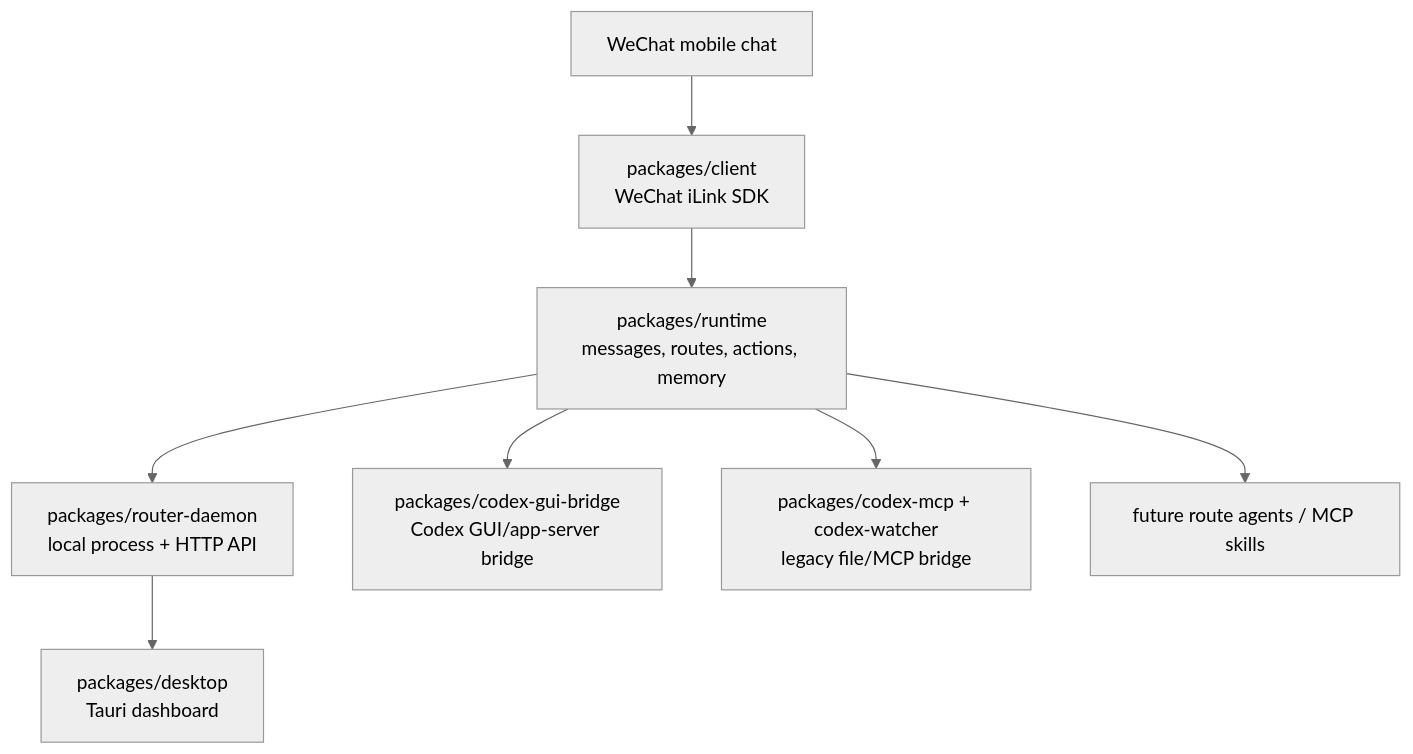
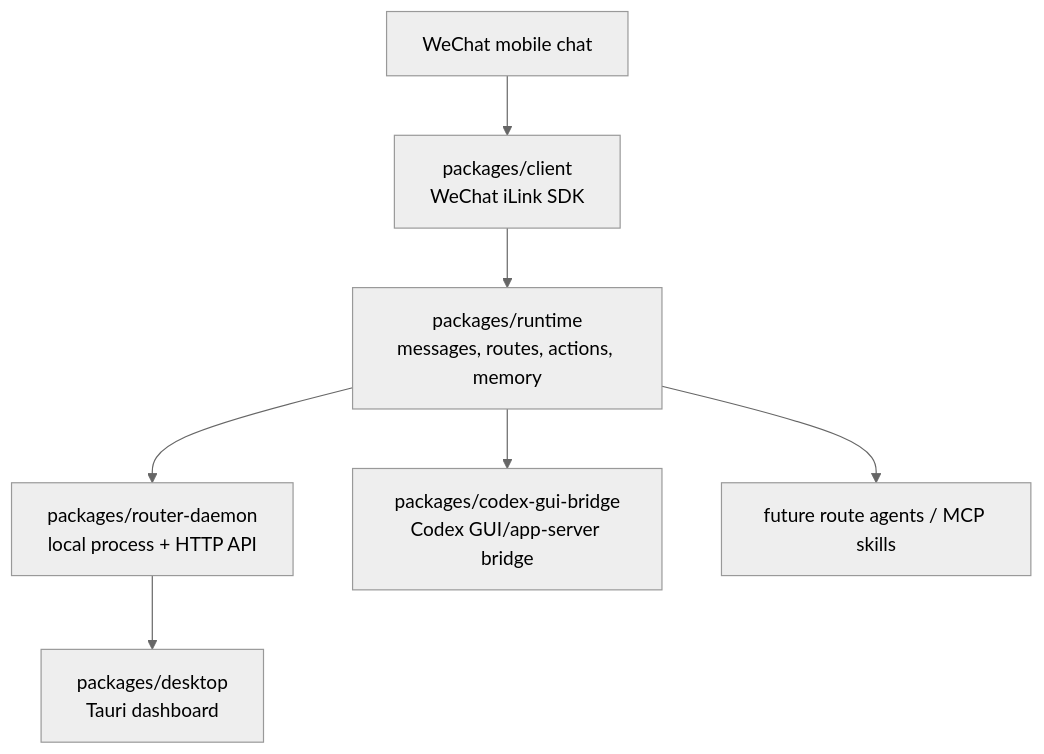
Before and after one commit to WillbsoluteVodka/wechat2all: the diagram in README.md, drawn with Mermaid (neutral theme). The commit also changed other lines of this file and 39 other files, not shown here.

Commit message:
Refine Codex GUI route bridge

````diff
--- a/README.md
+++ b/README.md
@@ -13,10 +13,9 @@
 ```mermaid
 flowchart TD
   W["WeChat mobile chat"] --> C["packages/client<br/>WeChat iLink SDK"]
   C --> R["packages/runtime<br/>messages, routes, actions, memory"]
   R --> D["packages/router-daemon<br/>local process + HTTP API"]
   D --> UI["packages/desktop<br/>Tauri dashboard"]
   R --> CG["packages/codex-gui-bridge<br/>Codex GUI/app-server bridge"]
-  R --> FM["packages/codex-mcp + codex-watcher<br/>legacy file/MCP bridge"]
   R --> A["future route agents / MCP skills"]
 ```
````
